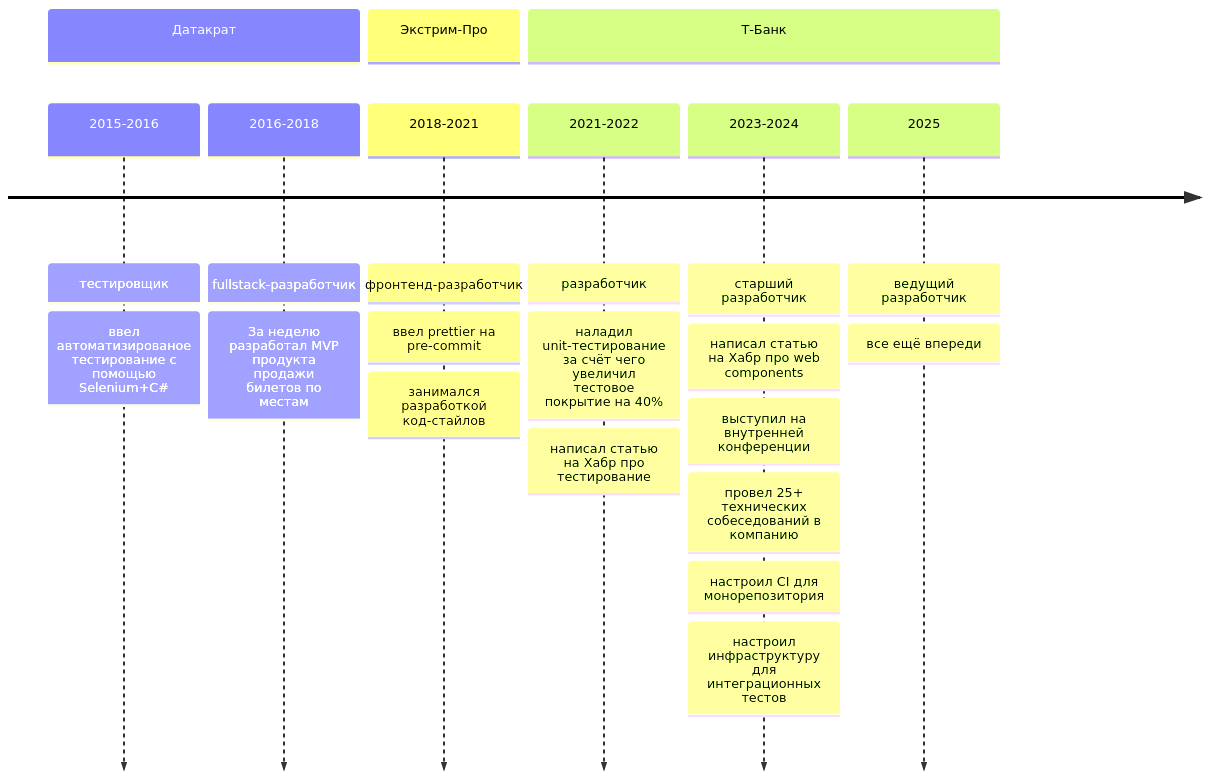
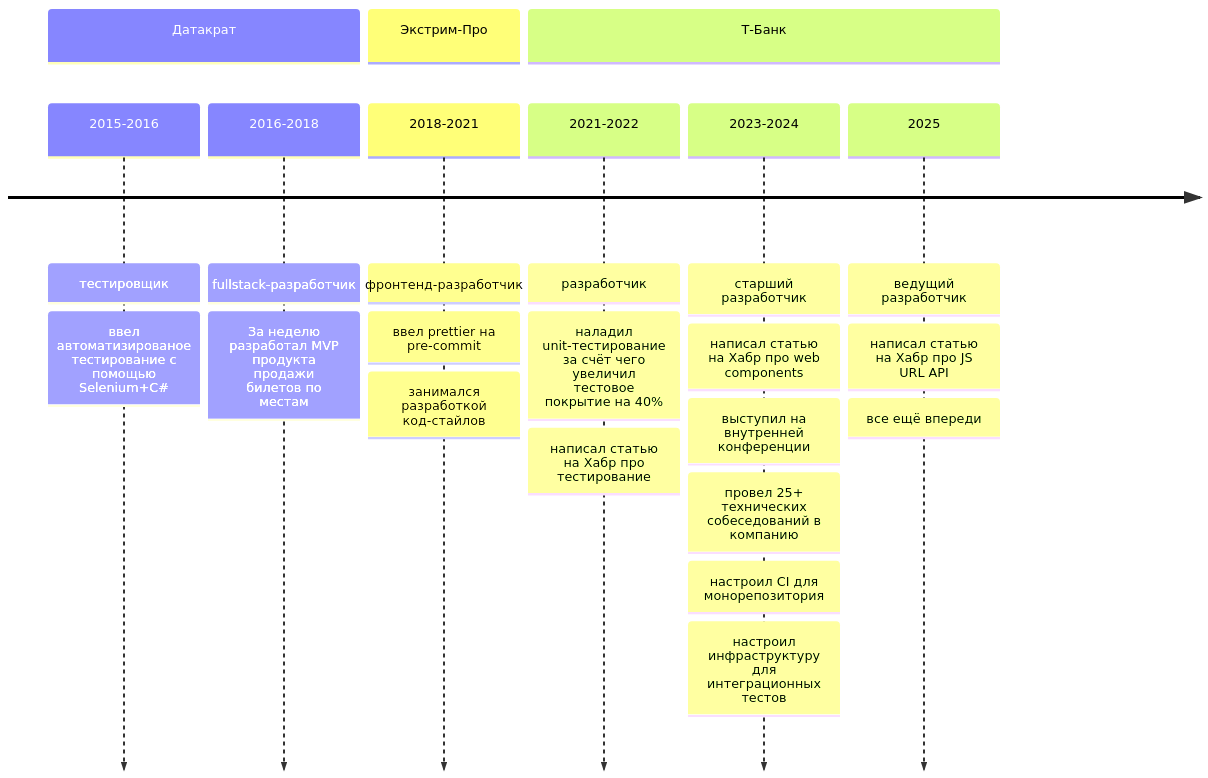
Before and after one commit to Goodzonchik/Goodzonchik: the first of 4 diagrams in README.md, drawn with Mermaid. The commit also changed other lines of this file, not shown here.

````diff
--- a/README.md
+++ b/README.md
@@ -7,24 +7,25 @@
 ```mermaid
 timeline
     section Датакрат
         2015-2016 : тестировщик
                   : ввел автоматизированое тестирование с помощью Selenium+C#
         2016-2018 : fullstack-разработчик
                   : За неделю разработал MVP продукта продажи билетов по местам
     section Экстрим-Про
         2018-2021 : фронтенд-разработчик
                   : ввел prettier на pre-commit
                   : занимался разработкой код-стайлов
     section Т-Банк
         2021-2022 : разработчик
                   : наладил unit-тестирование за счёт чего увеличил тестовое покрытие на 40%
                   : написал статью на Хабр про тестирование
         2023-2024 : старший разработчик
                   : написал статью на Хабр про web components
                   : выступил на внутренней конференции
                   : провел 25+ технических собеседований в компанию
                   : настроил CI для монорепозитория
                   : настроил инфраструктуру для интеграционных тестов
         2025      : ведущий разработчик
+                  : написал статью на Хабр про JS URL API
                   : все ещё впереди
 ```
````
